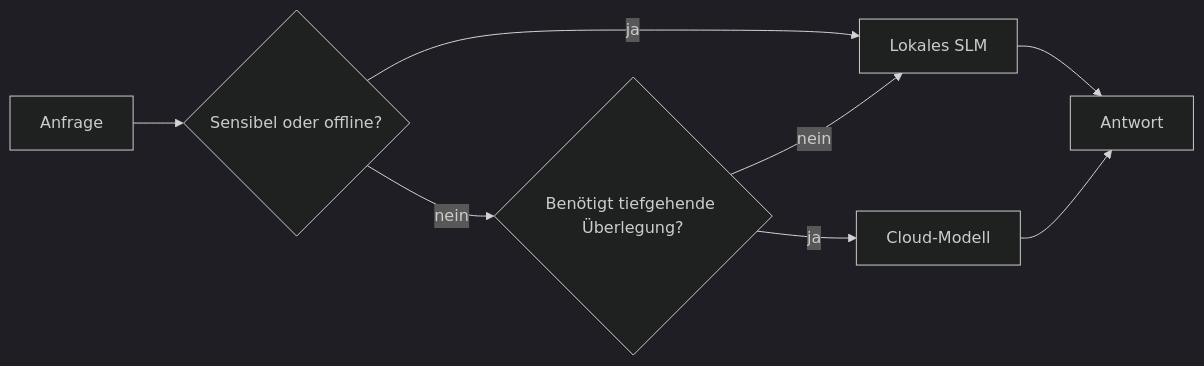
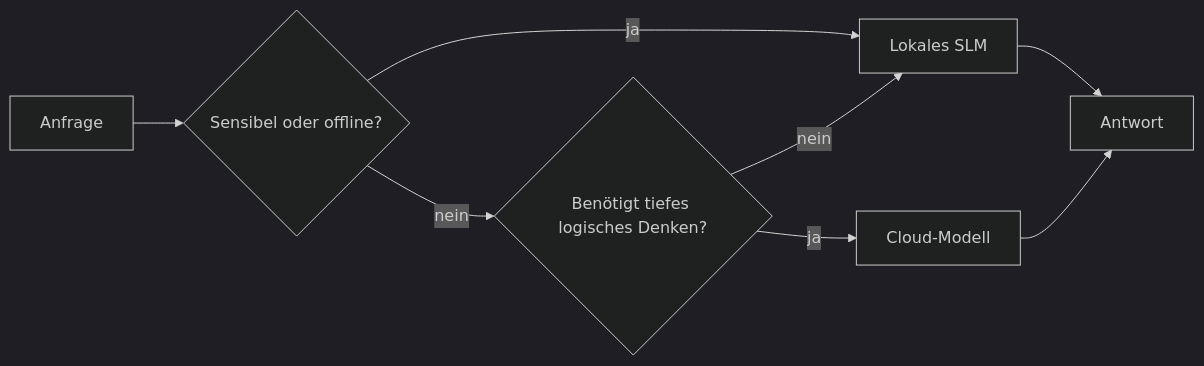
The fourth of 4 diagrams in translations/de/17-creating-local-ai-agents/README.md (microsoft/ai-agents-for-beginners), drawn with Mermaid (dark theme) before and after one commit. The commit also changed other lines of this file and 47 other files, not shown here.

````diff
--- a/translations/de/17-creating-local-ai-agents/README.md
+++ b/translations/de/17-creating-local-ai-agents/README.md
@@ -156,10 +156,10 @@
 ```mermaid
 flowchart LR
     Q[Anfrage] --> S{Sensibel oder offline?}
     S -->|ja| L[Lokales SLM]
-    S -->|nein| C{Benötigt tiefgehende Überlegung?}
+    S -->|nein| C{Benötigt tiefes logisches Denken?}
     C -->|nein| L
     C -->|ja| Cloud[Cloud-Modell]
     L --> Out[Antwort]
     Cloud --> Out
 ```
````
